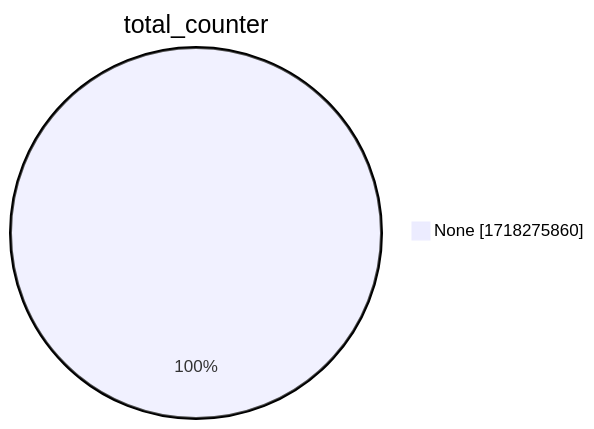
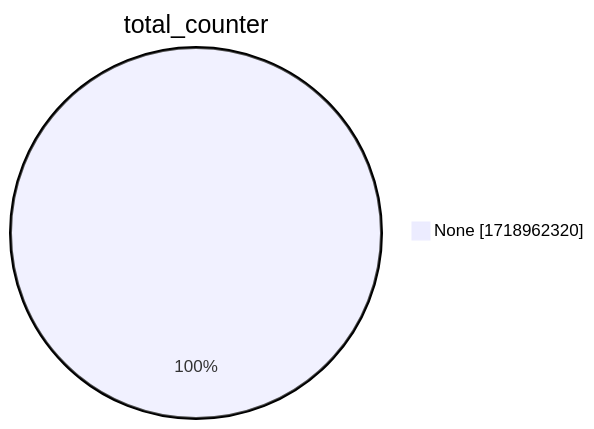
The second of 15 diagrams in xenon2022/README.md (christiankrug/ctmonitor_visualization), drawn with Mermaid before and after one commit. The commit also changed other lines of this file, not shown here.

````diff
--- a/xenon2022/README.md
+++ b/xenon2022/README.md
@@ -9,5 +9,5 @@
 ```mermaid
 pie showData
 title total_counter
-"None" :1718275860
+"None" :1718962320
 ```
````
